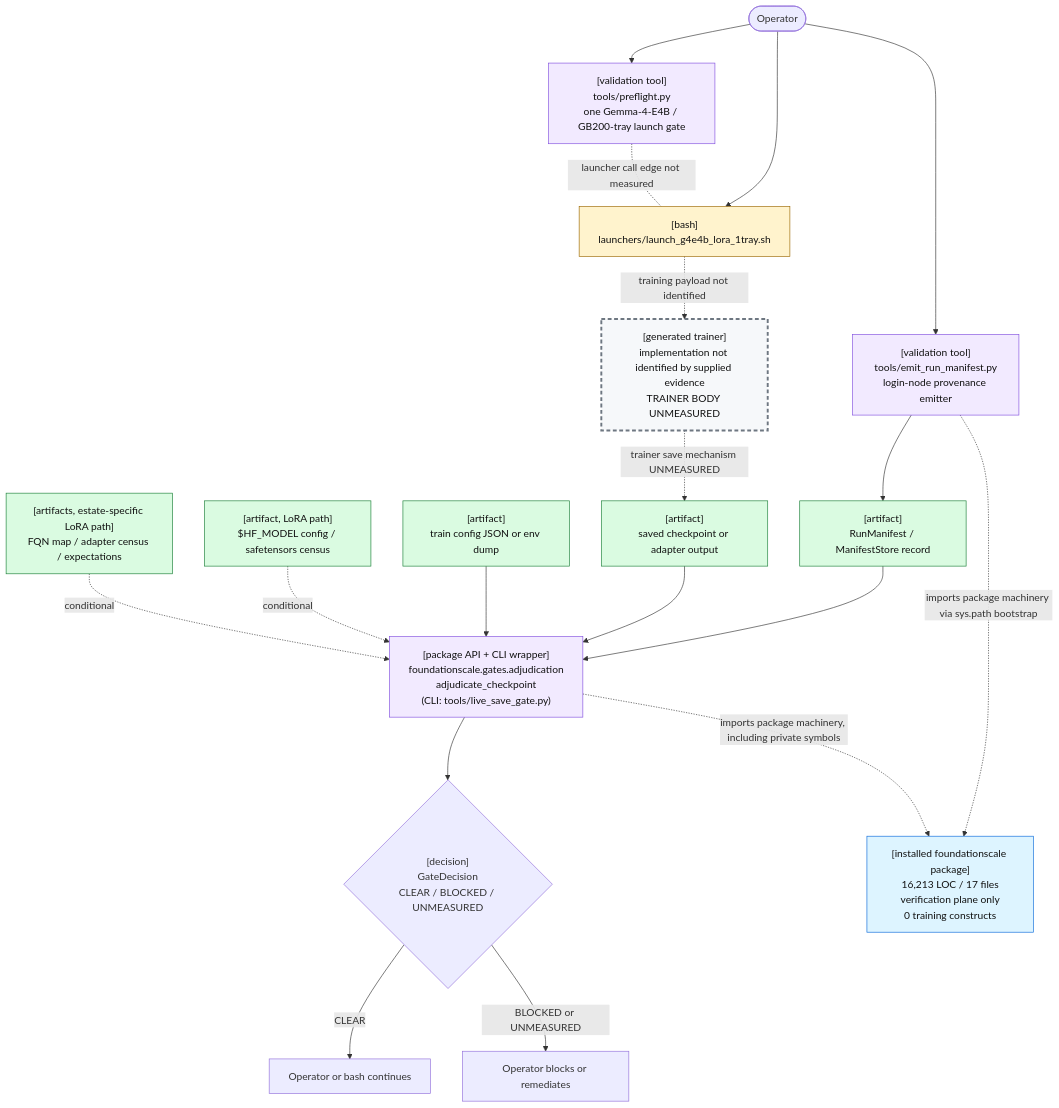
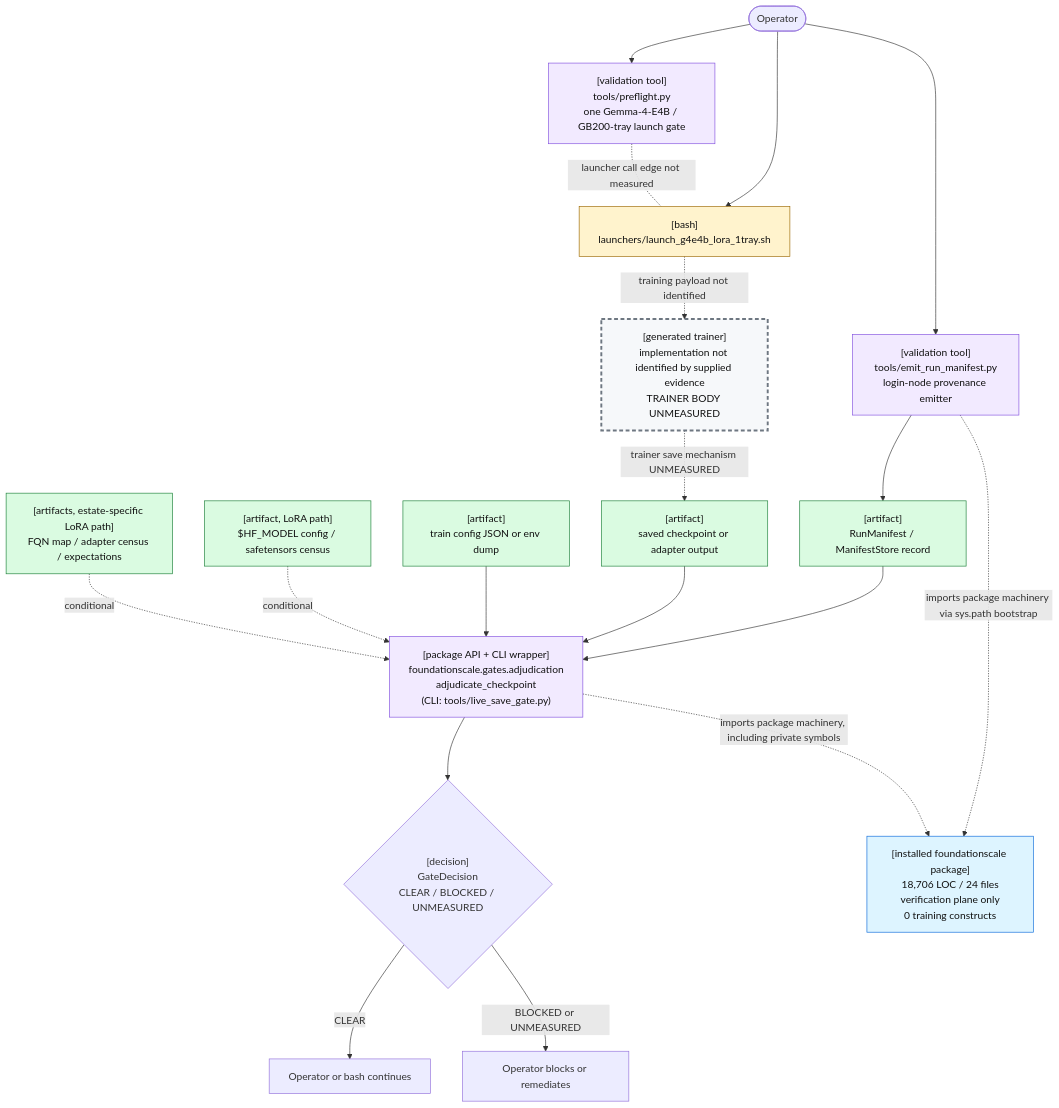
One commit to TranNhiem/FoundationScale changed the first of 2 diagrams in docs/review/D2_current_architecture.md. Above: the diagram before and after it, drawn with Mermaid. The commit also changed other lines of this file and 6 other files, not shown here.

````diff
--- a/docs/review/D2_current_architecture.md
+++ b/docs/review/D2_current_architecture.md
@@ -21,59 +21,59 @@
 ```mermaid
 flowchart TB
   O(["Operator"])
 
   PF["[validation tool]<br/>tools/preflight.py<br/>one Gemma-4-E4B / GB200-tray launch gate"]
   L["[bash]<br/>launchers/launch_g4e4b_lora_1tray.sh"]
 
   E["[validation tool]<br/>tools/emit_run_manifest.py<br/>login-node provenance emitter"]
   M["[artifact]<br/>RunManifest / ManifestStore record"]
 
   T["[generated trainer]<br/>implementation not identified by supplied evidence<br/>TRAINER BODY UNMEASURED"]
   C["[artifact]<br/>saved checkpoint or adapter output"]
 
   G["[package API + CLI wrapper]<br/>foundationscale.gates.adjudication<br/>adjudicate_checkpoint<br/>(CLI: tools/live_save_gate.py)"]
   CFG["[artifact]<br/>train config JSON or env dump"]
   BASE["[artifact, LoRA path]<br/>$HF_MODEL config / safetensors census"]
   CEN["[artifacts, estate-specific LoRA path]<br/>FQN map / adapter census / expectations"]
 
   D{"[decision]<br/>GateDecision<br/>CLEAR / BLOCKED / UNMEASURED"}
   OK["Operator or bash continues"]
   NO["Operator blocks or remediates"]
 
-  PKG["[installed foundationscale package]<br/>16,213 LOC / 17 files<br/>verification plane only<br/>0 training constructs"]
+  PKG["[installed foundationscale package]<br/>18,706 LOC / 24 files<br/>verification plane only<br/>0 training constructs"]
 
   O --> PF
   O --> L
   PF -. "launcher call edge not measured" .- L
 
   O --> E
   E --> M
 
   L -. "training payload not identified" .-> T
   T -. "trainer save mechanism UNMEASURED" .-> C
 
   M --> G
   C --> G
   CFG --> G
   BASE -. "conditional" .-> G
   CEN -. "conditional" .-> G
 
   E -. "imports package machinery via sys.path bootstrap" .-> PKG
   G -. "imports package machinery, including private symbols" .-> PKG
 
   G --> D
   D -->|"CLEAR"| OK
   D -->|"BLOCKED or UNMEASURED"| NO
 
   classDef bash fill:#fff3cd,stroke:#9a6700,color:#111;
   classDef tool fill:#f2eaff,stroke:#8250df,color:#111;
   classDef artifact fill:#dafbe1,stroke:#1a7f37,color:#111;
   classDef gap fill:#f6f8fa,stroke:#6e7781,stroke-width:3px,stroke-dasharray: 6 4,color:#111;
   classDef pkg fill:#ddf4ff,stroke:#0969da,color:#111;
 
   class L bash;
   class PF,E,G tool;
   class M,C,CFG,BASE,CEN artifact;
   class T gap;
   class PKG pkg;
 ```
````
